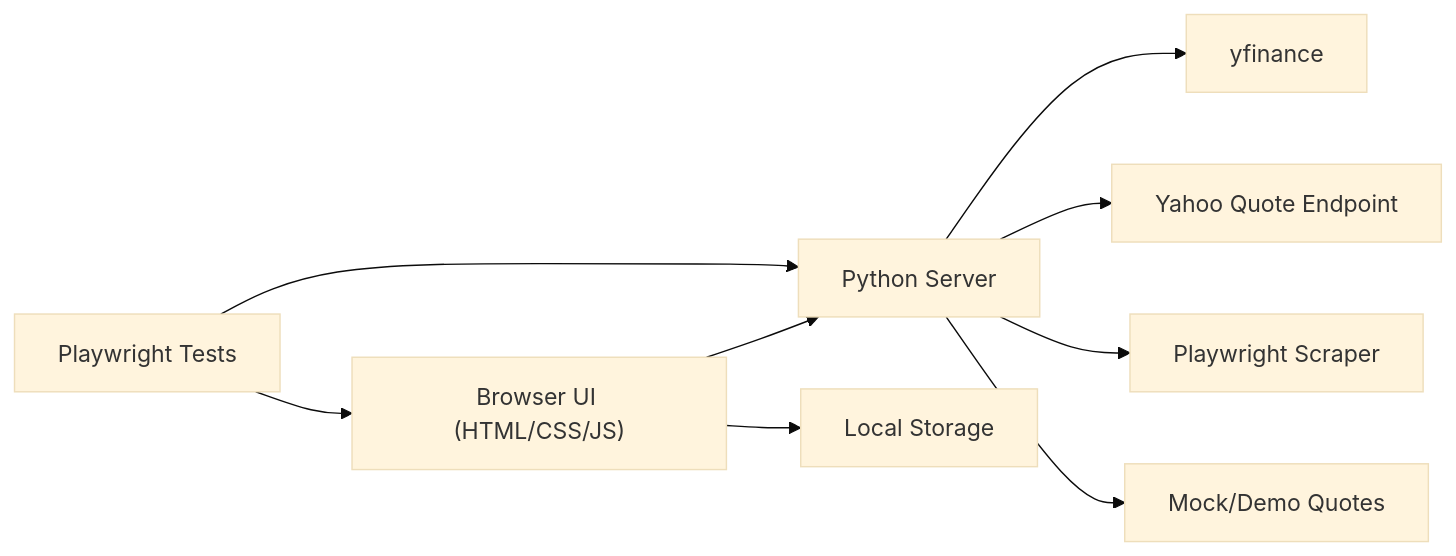
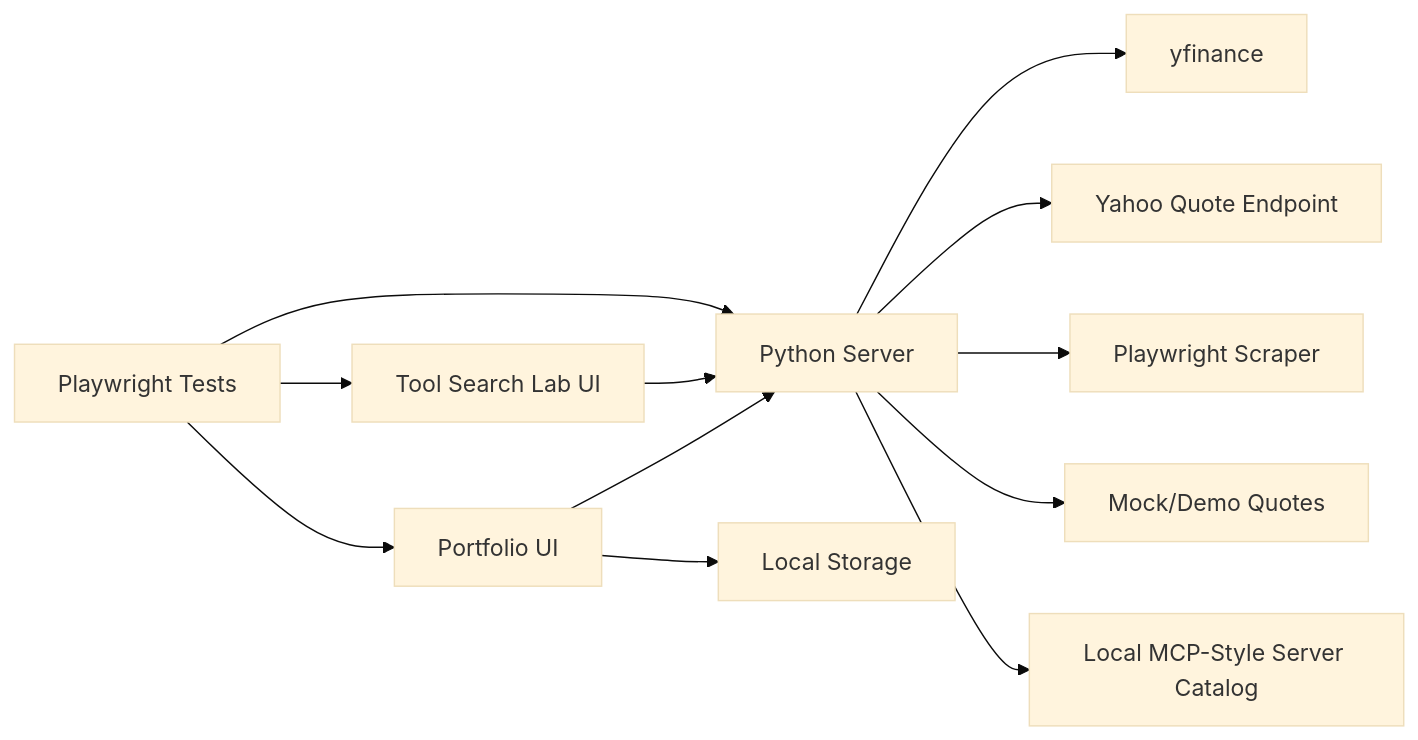
One commit to Laksh-star/gpt-5.4-test changed the diagram in README.md. Above: the diagram before and after it, drawn with Mermaid (base theme). The commit also changed other lines of this file and 6 other files, not shown here.

Commit message:
Add local tool search lab demo

````diff
--- a/README.md
+++ b/README.md
@@ -19,11 +20,14 @@
 ```mermaid
 flowchart LR
-    A["Browser UI (HTML/CSS/JS)"] --> B["Python Server"]
+    A["Portfolio UI"] --> B["Python Server"]
+    I["Tool Search Lab UI"] --> B
     B --> C["yfinance"]
     B --> D["Yahoo Quote Endpoint"]
     B --> E["Playwright Scraper"]
     B --> F["Mock/Demo Quotes"]
+    B --> J["Local MCP-Style Server Catalog"]
     A --> G["Local Storage"]
     H["Playwright Tests"] --> A
+    H --> I
     H --> B
 ```
````
